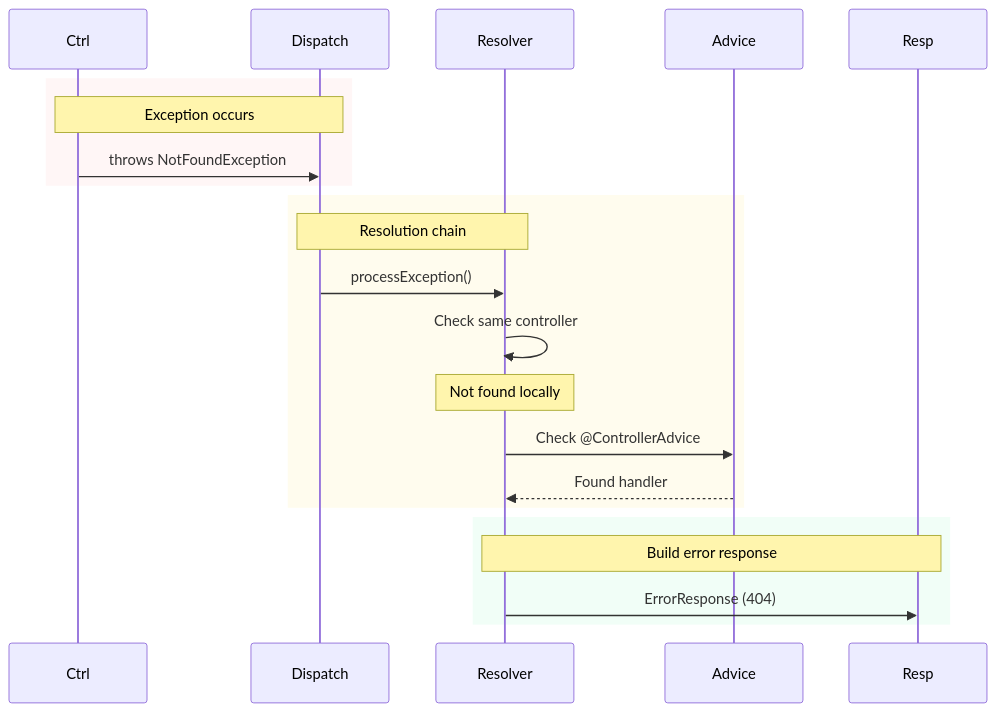
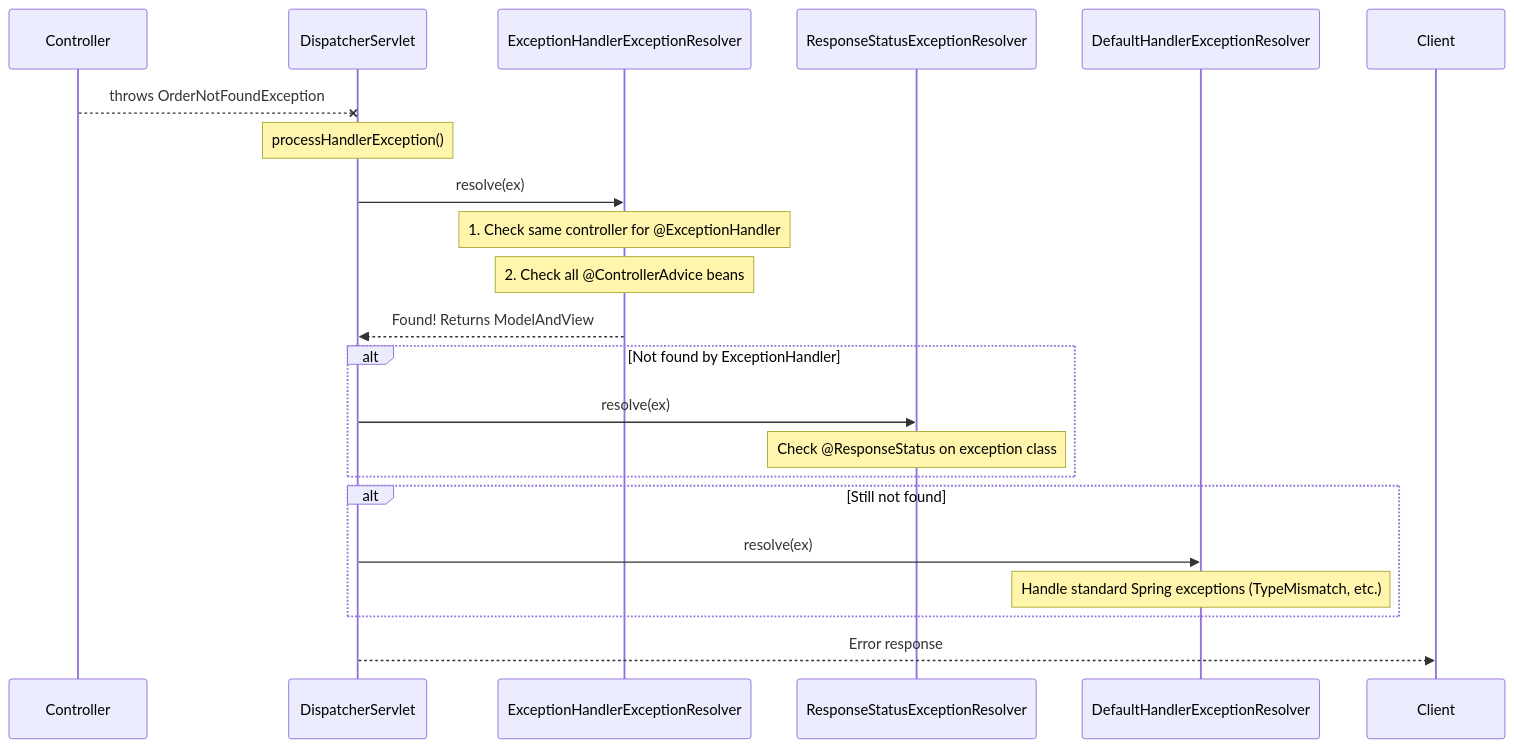
One commit to saivamsikaruturi/vamsilabs-dev-notes-main changed the fourth of 6 diagrams in docs/springboot/mvc-request-lifecycle.md. Above: the diagram before and after it, drawn with Mermaid. The commit also changed other lines of this file and 21 other files, not shown here.

````diff
--- a/docs/springboot/mvc-request-lifecycle.md
+++ b/docs/springboot/mvc-request-lifecycle.md
@@ -522,27 +922,29 @@
 ```mermaid
 sequenceDiagram
-    participant C as Ctrl
-    participant DS as Dispatch
-    participant EHR as Resolver
-    participant CA as Advice
-    participant RES as Resp
+    participant Ctrl as Controller
+    participant DS as DispatcherServlet
+    participant EHR as ExceptionHandlerExceptionResolver
+    participant RSE as ResponseStatusExceptionResolver
+    participant DHE as DefaultHandlerExceptionResolver
+    participant Client
 
-    rect rgba(254,226,226,0.3)
-        Note over C,DS: Exception occurs
-        C->>DS: throws NotFoundException
+    Ctrl--xDS: throws OrderNotFoundException
+
+    Note over DS: processHandlerException()
+    DS->>EHR: resolve(ex)
+    Note over EHR: 1. Check same controller for @ExceptionHandler
+    Note over EHR: 2. Check all @ControllerAdvice beans
+    EHR-->>DS: Found! Returns ModelAndView
+
+    alt Not found by ExceptionHandler
+        DS->>RSE: resolve(ex)
+        Note over RSE: Check @ResponseStatus on exception class
     end
 
-    rect rgba(254,243,199,0.3)
-        Note over DS,EHR: Resolution chain
-        DS->>EHR: processException()
-        EHR->>EHR: Check same controller
-        Note over EHR: Not found locally
-        EHR->>CA: Check @ControllerAdvice
-        CA-->>EHR: Found handler
+    alt Still not found
+        DS->>DHE: resolve(ex)
+        Note over DHE: Handle standard Spring exceptions (TypeMismatch, etc.)
     end
 
-    rect rgba(209,250,229,0.3)
-        Note over EHR,RES: Build error response
-        EHR->>RES: ErrorResponse (404)
-    end
+    DS-->>Client: Error response
 ```
````
